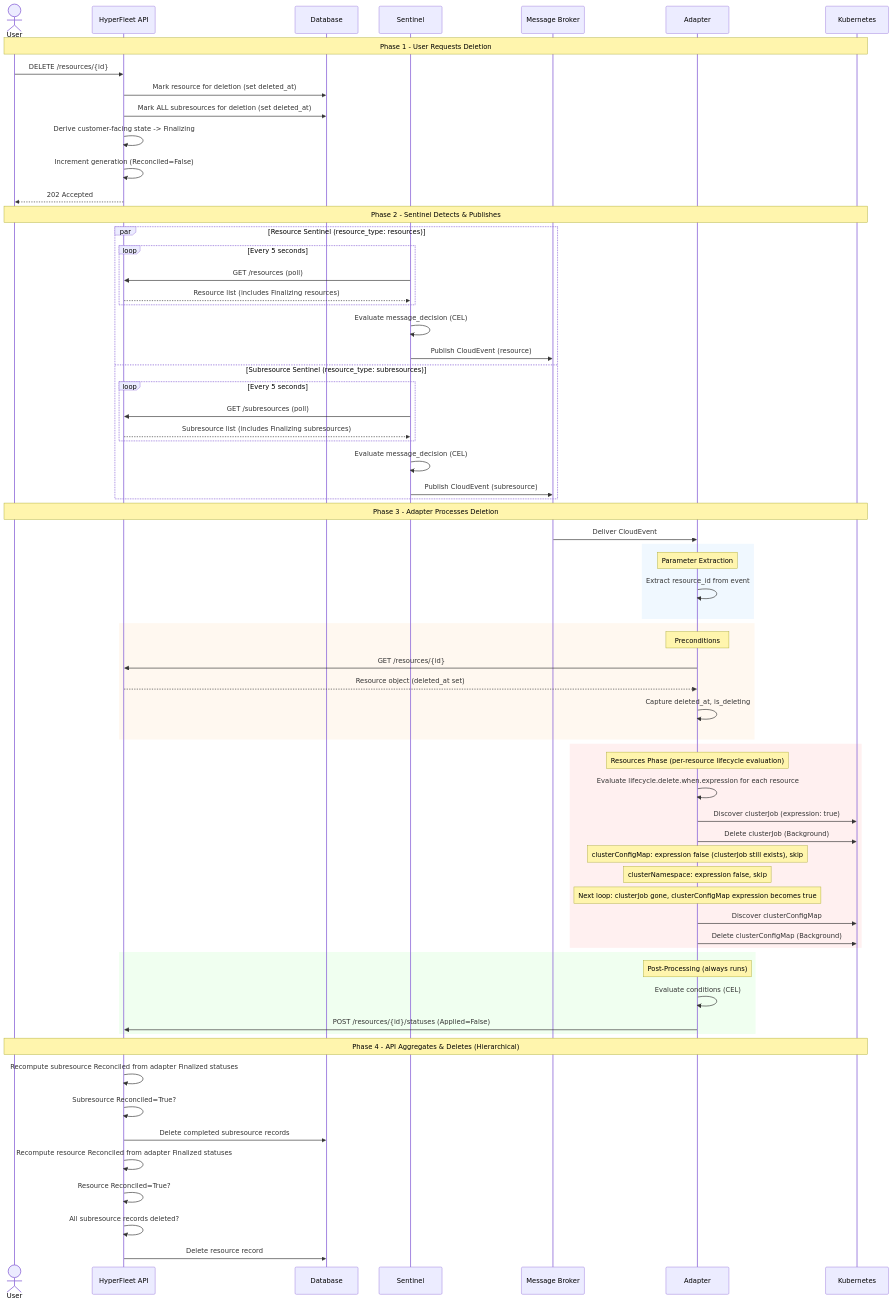
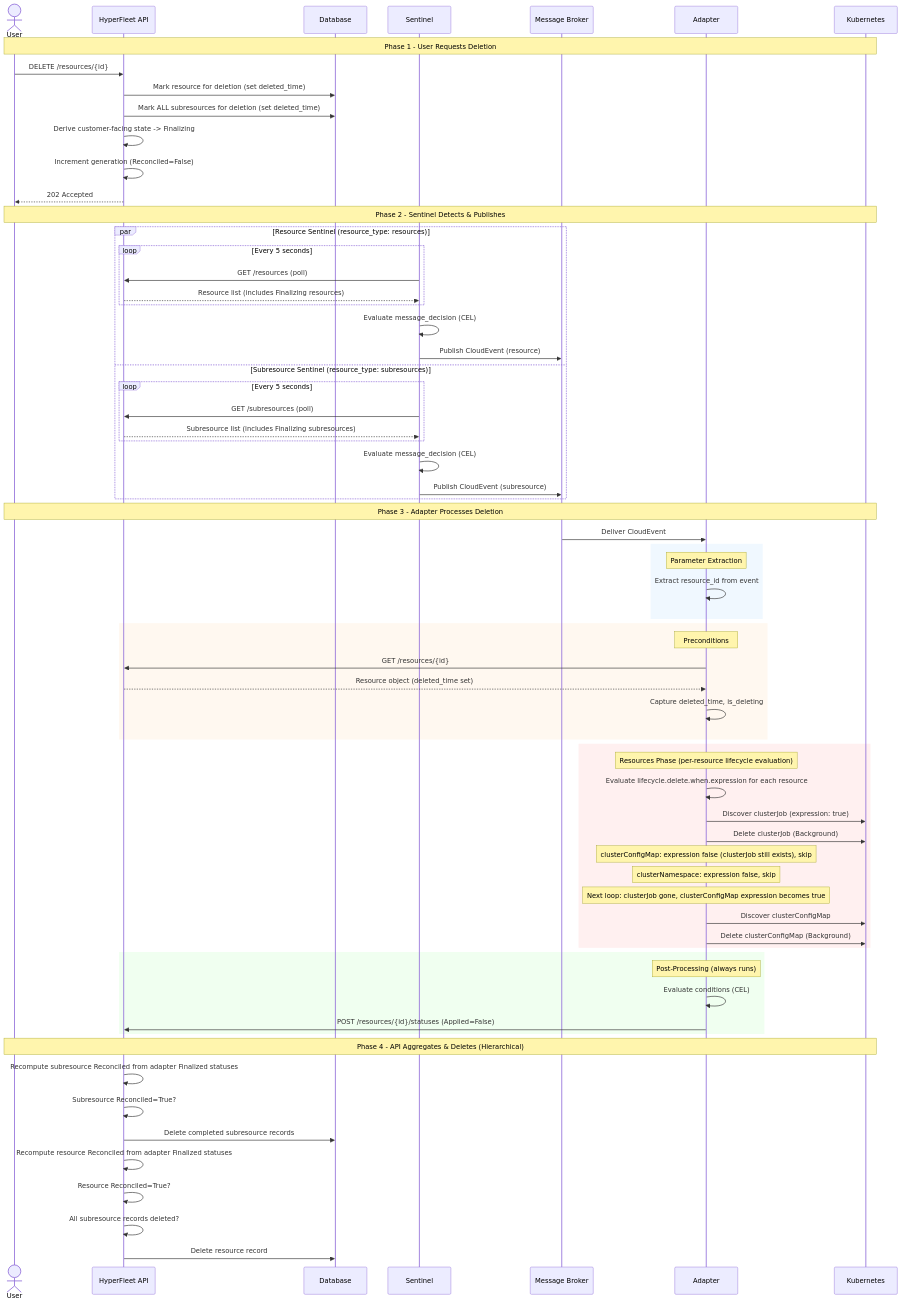
One commit to rafabene/hyperfleet-architecture changed the fourth of 9 diagrams in hyperfleet/components/adapter/framework/adapter-flow-diagrams.md. Above: the diagram before and after it, drawn with Mermaid. The commit also changed other lines of this file and 1 other file, not shown here.

````diff
--- a/hyperfleet/components/adapter/framework/adapter-flow-diagrams.md
+++ b/hyperfleet/components/adapter/framework/adapter-flow-diagrams.md
@@ -331,82 +331,82 @@
 ```mermaid
 sequenceDiagram
     actor User
     participant API as HyperFleet API
     participant DB as Database
     participant Sentinel
     participant Broker as Message Broker
     participant Adapter
     participant K8s as Kubernetes
 
     Note over User, K8s: Phase 1 - User Requests Deletion
 
     User->>API: DELETE /resources/{id}
-    API->>DB: Mark resource for deletion (set deleted_at)
-    API->>DB: Mark ALL subresources for deletion (set deleted_at)
+    API->>DB: Mark resource for deletion (set deleted_time)
+    API->>DB: Mark ALL subresources for deletion (set deleted_time)
     API->>API: Derive customer-facing state -> Finalizing
     API->>API: Increment generation (Reconciled=False)
     API-->>User: 202 Accepted
 
     Note over User, K8s: Phase 2 - Sentinel Detects & Publishes
 
     par Resource Sentinel (resource_type: resources)
         loop Every 5 seconds
             Sentinel->>API: GET /resources (poll)
             API-->>Sentinel: Resource list (includes Finalizing resources)
         end
         Sentinel->>Sentinel: Evaluate message_decision (CEL)
         Sentinel->>Broker: Publish CloudEvent (resource)
     and Subresource Sentinel (resource_type: subresources)
         loop Every 5 seconds
             Sentinel->>API: GET /subresources (poll)
             API-->>Sentinel: Subresource list (includes Finalizing subresources)
         end
         Sentinel->>Sentinel: Evaluate message_decision (CEL)
         Sentinel->>Broker: Publish CloudEvent (subresource)
     end
 
     Note over User, K8s: Phase 3 - Adapter Processes Deletion
 
     Broker->>Adapter: Deliver CloudEvent
 
     rect rgb(240, 248, 255)
         Note over Adapter: Parameter Extraction
         Adapter->>Adapter: Extract resource_id from event
     end
 
     rect rgb(255, 248, 240)
         Note over Adapter: Preconditions
         Adapter->>API: GET /resources/{id}
-        API-->>Adapter: Resource object (deleted_at set)
-        Adapter->>Adapter: Capture deleted_at, is_deleting
+        API-->>Adapter: Resource object (deleted_time set)
+        Adapter->>Adapter: Capture deleted_time, is_deleting
     end
 
     rect rgb(255, 240, 240)
         Note over Adapter: Resources Phase (per-resource lifecycle evaluation)
         Adapter->>Adapter: Evaluate lifecycle.delete.when.expression for each resource
         Adapter->>K8s: Discover clusterJob (expression: true)
         Adapter->>K8s: Delete clusterJob (Background)
         Note over Adapter: clusterConfigMap: expression false (clusterJob still exists), skip
         Note over Adapter: clusterNamespace: expression false, skip
         Note over Adapter: Next loop: clusterJob gone, clusterConfigMap expression becomes true
         Adapter->>K8s: Discover clusterConfigMap
         Adapter->>K8s: Delete clusterConfigMap (Background)
     end
 
     rect rgb(240, 255, 240)
         Note over Adapter: Post-Processing (always runs)
         Adapter->>Adapter: Evaluate conditions (CEL)
         Adapter->>API: POST /resources/{id}/statuses (Applied=False)
     end
 
     Note over User, K8s: Phase 4 - API Aggregates & Deletes (Hierarchical)
 
     API->>API: Recompute subresource Reconciled from adapter Finalized statuses
     API->>API: Subresource Reconciled=True?
     API->>DB: Delete completed subresource records
 
     API->>API: Recompute resource Reconciled from adapter Finalized statuses
     API->>API: Resource Reconciled=True?
     API->>API: All subresource records deleted?
     API->>DB: Delete resource record
 ```
````
